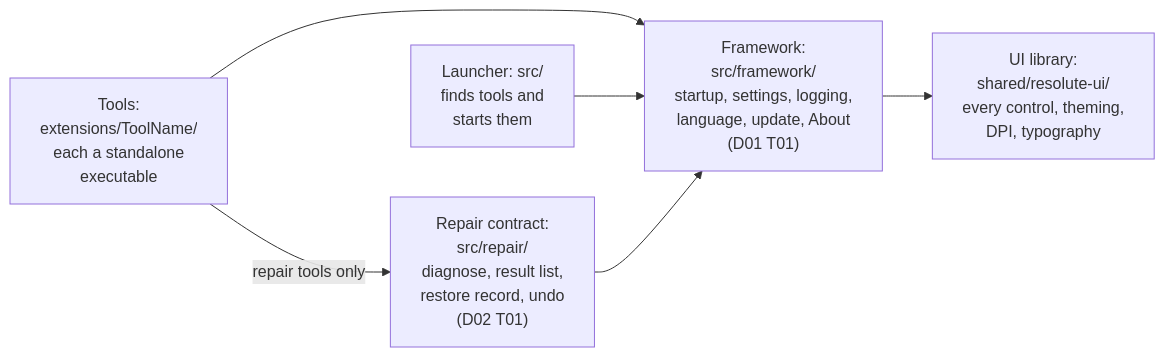
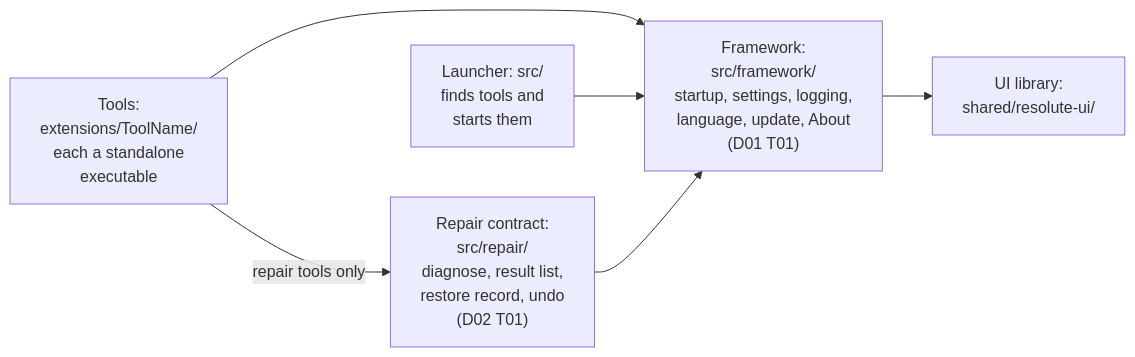
Before and after one commit to rizonesoft/Resolute: the diagram in README.md, drawn with Mermaid. The commit also changed other lines of this file, not shown here.

Commit message:
readme: the UI library's node is short enough that GitHub's diagram controls cover none of it (D00 T05 §2)

````diff
--- a/README.md
+++ b/README.md
@@ -139,13 +139,13 @@
 ```mermaid
 flowchart LR
     tools["Tools:<br/>extensions/ToolName/<br/>each a standalone<br/>executable"]
     launcher["Launcher: src/<br/>finds tools and<br/>starts them"]
     repair["Repair contract:<br/>src/repair/<br/>diagnose, result list,<br/>restore record, undo<br/>(D02 T01)"]
     framework["Framework:<br/>src/framework/<br/>startup, settings, logging,<br/>language, update, About<br/>(D01 T01)"]
-    ui["UI library:<br/>shared/resolute-ui/<br/>every control, theming,<br/>DPI, typography"]
+    ui["UI library:<br/>shared/resolute-ui/"]
     tools -- repair tools only --> repair
     tools --> framework
     launcher --> framework
     repair --> framework
     framework --> ui
 ```
````
